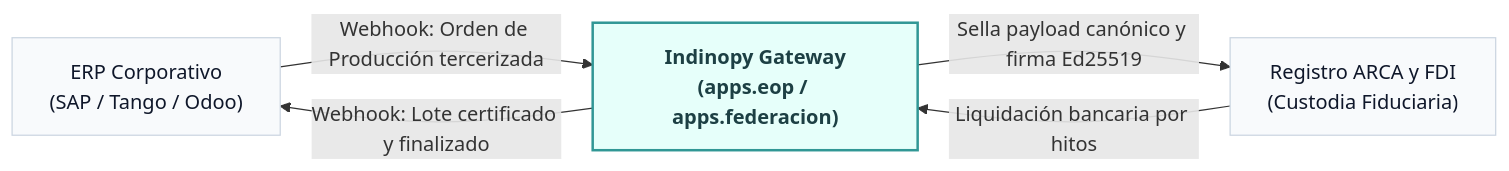
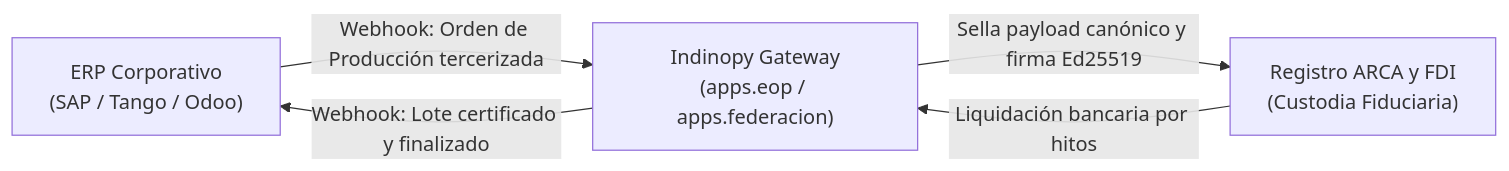
The seventh of 7 diagrams in docs/md/arquitectura_funcional.md (sarthouse/indinopy), drawn with Mermaid before and after one commit. The commit also changed other lines of this file and 16 other files, not shown here.

````diff
--- a/docs/md/arquitectura_funcional.md
+++ b/docs/md/arquitectura_funcional.md
@@ -271,15 +311,11 @@
 ```mermaid
 flowchart LR
     ERP_EXT["ERP Corporativo<br/>(SAP / Tango / Odoo)"]
     GATEWAY["Indinopy Gateway<br/>(apps.eop / apps.federacion)"]
     FDI_NET["Registro ARCA y FDI<br/>(Custodia Fiduciaria)"]
 
     ERP_EXT -->|"Webhook: Orden de Producción tercerizada"| GATEWAY
     GATEWAY -->|"Sella payload canónico y firma Ed25519"| FDI_NET
     FDI_NET -->|"Liquidación bancaria por hitos"| GATEWAY
     GATEWAY -->|"Webhook: Lote certificado y finalizado"| ERP_EXT
-
-    classDef default fill:#F8FAFC,stroke:#CBD5E1,stroke-width:1px,color:#0F172A;
-    classDef highlight fill:#E6FFFA,stroke:#319795,stroke-width:2px,color:#1D4044,font-weight:bold;
-    class GATEWAY highlight;
 ```
````
